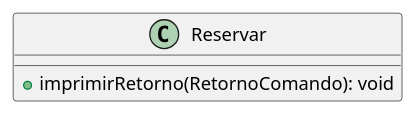
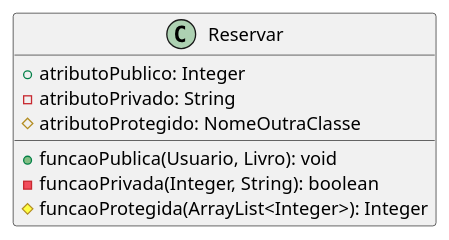
One commit to angelofelipe/library-system-OOP changed the diagram in diagrama de classes/src puml/src/comando/Reservar.puml. Above: the diagram before and after it, drawn with PlantUML. The commit also changed 24 other files, not shown here.

Commit message:
edita diagrama na pasta usuario

```diff
--- a/diagrama de classes/src puml/src/comando/Reservar.puml
+++ b/diagrama de classes/src puml/src/comando/Reservar.puml
@@ -1,8 +1,13 @@
 @startuml
 
-class Reservar  {
+class Reservar {
+    + atributoPublico: Integer
+    - atributoPrivado: String
+    # atributoProtegido: NomeOutraClasse
 
-    + imprimirRetorno(RetornoComando): void
+    + funcaoPublica(Usuario, Livro): void
+    - funcaoPrivada(Integer, String): boolean
+    # funcaoProtegida(ArrayList<Integer>): Integer
 }
 
 @enduml
```
